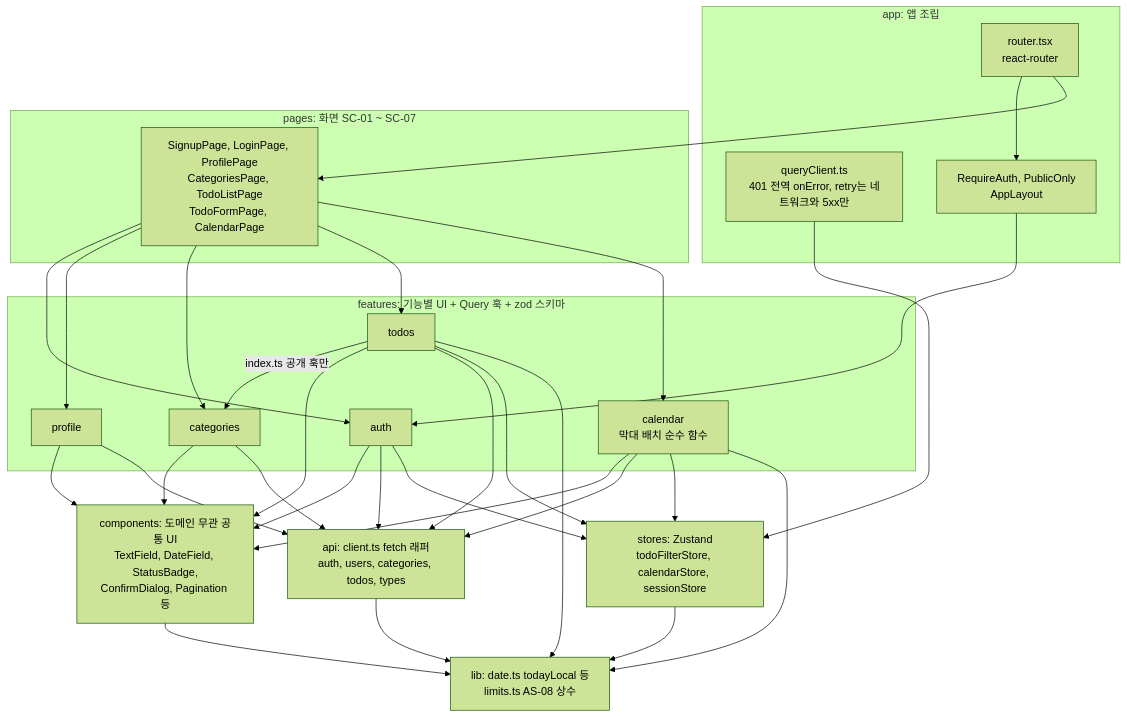
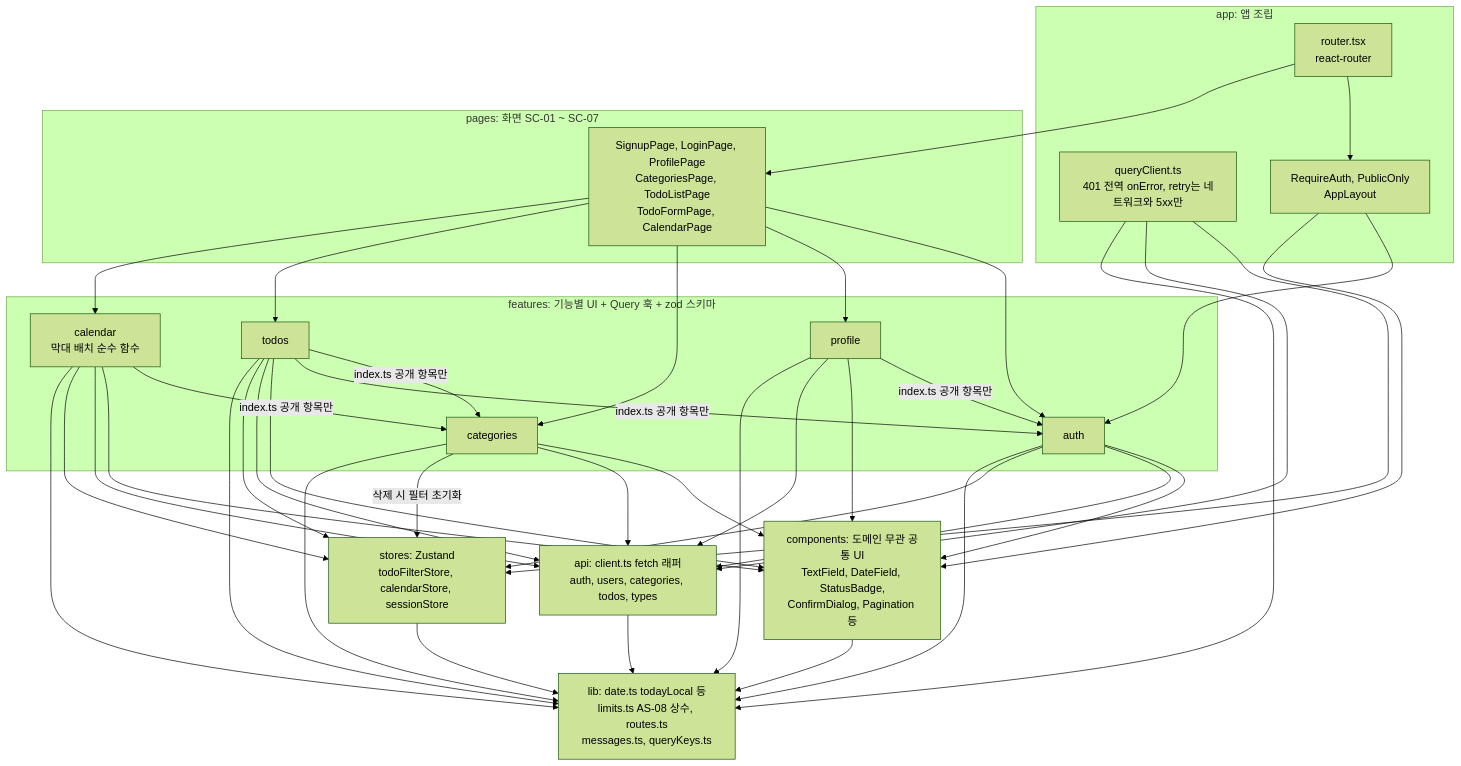
Before and after one commit to wjdxo513/todolist-app: the second of 14 diagrams in docs/6-arch-diagram.md, drawn with Mermaid (forest theme). The commit also changed other lines of this file and 10 other files, not shown here.

````diff
--- a/docs/6-arch-diagram.md
+++ b/docs/6-arch-diagram.md
@@ -107,54 +120,64 @@
 ```mermaid
 flowchart TD
     subgraph APP["app: 앱 조립"]
         ROUTER["router.tsx<br/>react-router"]
         QC["queryClient.ts<br/>401 전역 onError, retry는 네트워크와 5xx만"]
         GUARD["RequireAuth, PublicOnly<br/>AppLayout"]
     end
 
     subgraph PAGES["pages: 화면 SC-01 ~ SC-07"]
         PG["SignupPage, LoginPage, ProfilePage<br/>CategoriesPage, TodoListPage<br/>TodoFormPage, CalendarPage"]
     end
 
     subgraph FEATURES["features: 기능별 UI + Query 훅 + zod 스키마"]
         F_AUTH["auth"]
         F_PROFILE["profile"]
         F_CAT["categories"]
         F_TODO["todos"]
         F_CAL["calendar<br/>막대 배치 순수 함수"]
     end
 
     COMP["components: 도메인 무관 공통 UI<br/>TextField, DateField, StatusBadge,<br/>ConfirmDialog, Pagination 등"]
     API["api: client.ts fetch 래퍼<br/>auth, users, categories, todos, types"]
     STORES["stores: Zustand<br/>todoFilterStore, calendarStore, sessionStore"]
-    LIB["lib: date.ts todayLocal 등<br/>limits.ts AS-08 상수"]
+    LIB["lib: date.ts todayLocal 등<br/>limits.ts AS-08 상수, routes.ts<br/>messages.ts, queryKeys.ts"]
 
     ROUTER --> GUARD
     ROUTER --> PG
     QC --> STORES
+    QC --> API
+    QC --> LIB
     GUARD --> F_AUTH
+    GUARD --> COMP
     PG --> F_AUTH
     PG --> F_PROFILE
     PG --> F_CAT
     PG --> F_TODO
     PG --> F_CAL
-    F_TODO -->|"index.ts 공개 훅만"| F_CAT
+    F_TODO -->|"index.ts 공개 항목만"| F_CAT
+    F_CAL -->|"index.ts 공개 항목만"| F_CAT
+    F_TODO -->|"index.ts 공개 항목만"| F_AUTH
+    F_PROFILE -->|"index.ts 공개 항목만"| F_AUTH
     F_AUTH --> COMP
     F_PROFILE --> COMP
     F_CAT --> COMP
     F_TODO --> COMP
     F_CAL --> COMP
     F_AUTH --> API
     F_PROFILE --> API
     F_CAT --> API
     F_TODO --> API
     F_CAL --> API
     F_TODO --> STORES
     F_CAL --> STORES
     F_AUTH --> STORES
+    F_CAT -->|"삭제 시 필터 초기화"| STORES
     F_TODO --> LIB
     F_CAL --> LIB
+    F_AUTH --> LIB
+    F_CAT --> LIB
+    F_PROFILE --> LIB
     COMP --> LIB
     API --> LIB
     STORES --> LIB
 ```
````
